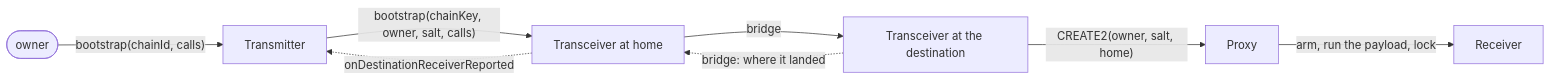
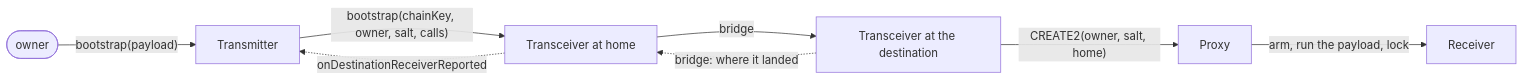
The second of 5 diagrams in README.md (crossecute/protocol), drawn with Mermaid before and after one commit. The commit also changed 4 other files, not shown here.

````diff
--- a/README.md
+++ b/README.md
@@ -106,10 +106,10 @@
 ```mermaid
 flowchart LR
-    Owner([owner]) -->|"bootstrap(chainId, calls)"| Tx[Transmitter]
+    Owner([owner]) -->|"bootstrap(payload)"| Tx[Transmitter]
     Tx -->|"bootstrap(chainKey, owner, salt, calls)"| Home[Transceiver at home]
     Home -->|"bridge"| Dest[Transceiver at the destination]
     Dest -->|"CREATE2(owner, salt, home)"| Proxy[Proxy]
     Proxy -->|"arm, run the payload, lock"| Rx[Receiver]
     Dest -.->|"bridge: where it landed"| Home
     Home -.->|"onDestinationReceiverReported"| Tx
 ```
````
